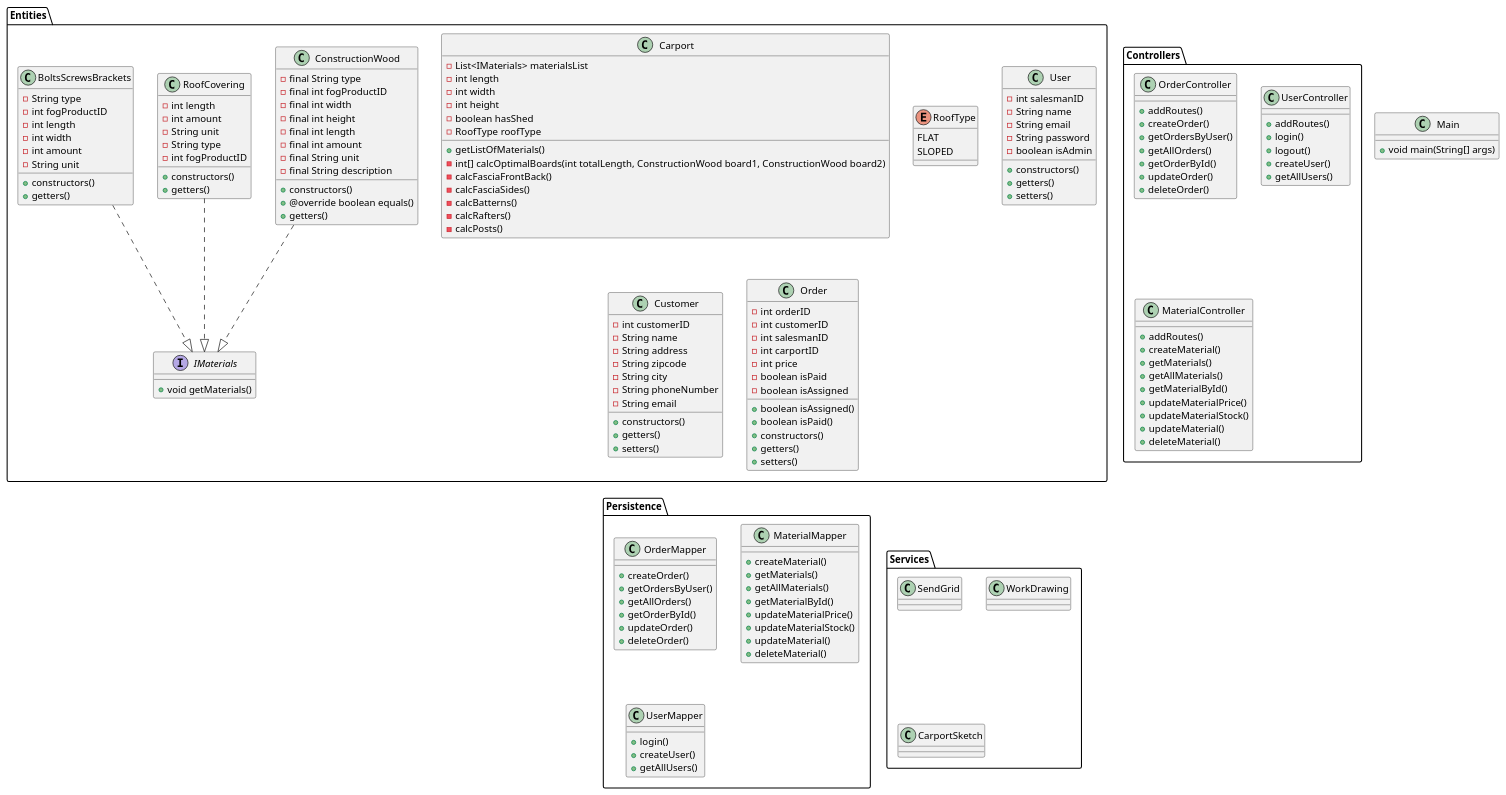
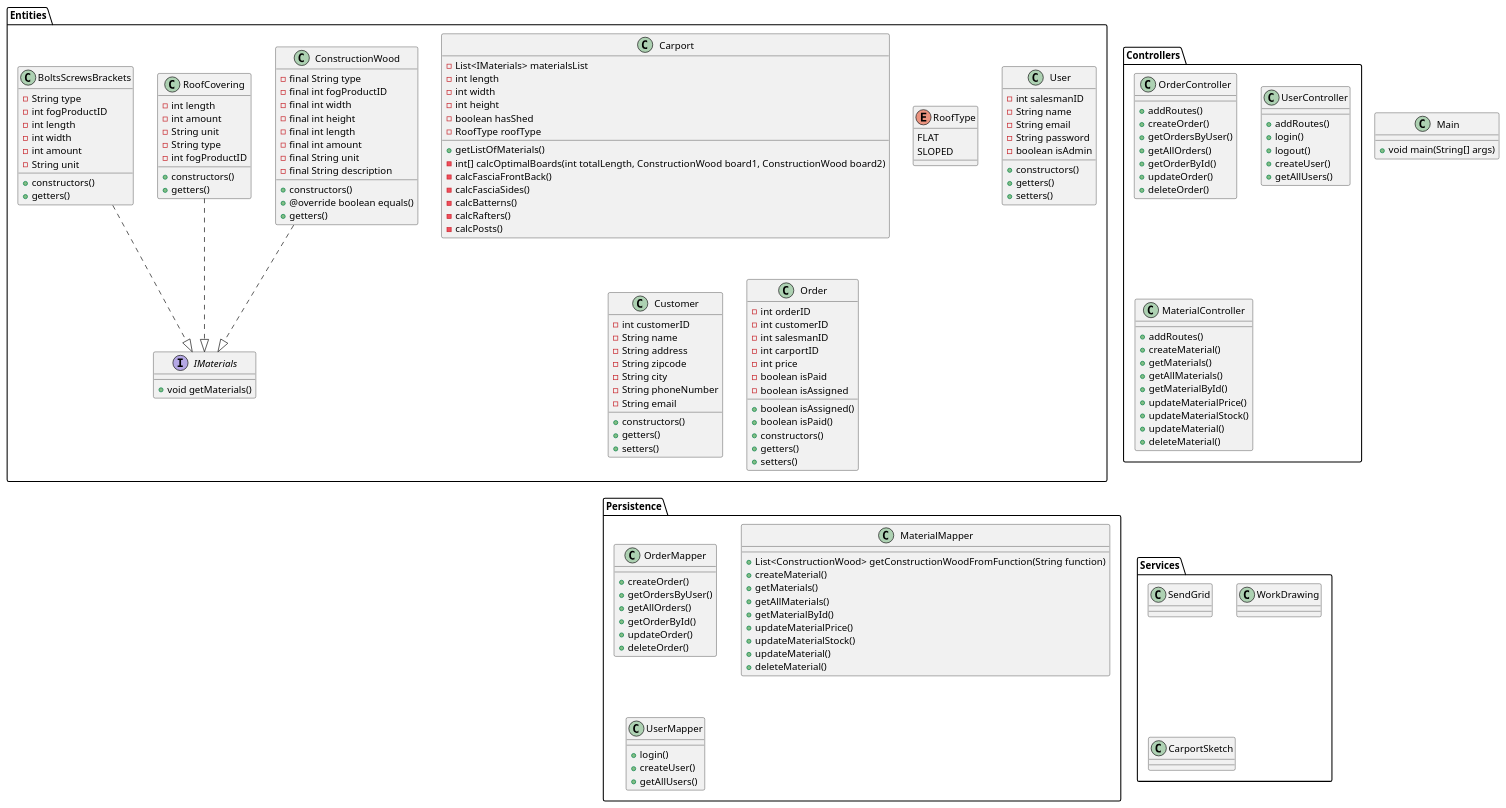
One commit to AndyTheDragon/Fog-projektet changed the diagram in docs/ClassDiagram.puml. Above: the diagram before and after it, drawn with PlantUML.

Commit message:
Added getConstructionWoodFromFunction method

```diff
--- a/docs/ClassDiagram.puml
+++ b/docs/ClassDiagram.puml
@@ -1,192 +1,193 @@
 @startuml
 'https://plantuml.com/class-diagram
 
 class Main
 {
     + void main(String[] args)
 }
 
 
 package "Entities" {
 interface IMaterials
 {
 
 + void getMaterials()
 
 }
 
 class Carport
 {
 - List<IMaterials> materialsList
 -int length
 -int width
 -int height
 -boolean hasShed
 -RoofType roofType
 + getListOfMaterials()
 - int[] calcOptimalBoards(int totalLength, ConstructionWood board1, ConstructionWood board2)
 - calcFasciaFrontBack()
 - calcFasciaSides()
 - calcBatterns()
 - calcRafters()
 - calcPosts()
 
 }
 enum RoofType
 {
     FLAT
     SLOPED
 }
 
 class User
 {
 - int salesmanID
 - String name
 - String email
 - String password
 - boolean isAdmin
 + constructors()
 + getters()
 + setters()
 }
 class Customer
 {
 - int customerID
 - String name
 - String address
 - String zipcode
 - String city
 - String phoneNumber
 - String email
 + constructors()
 + getters()
 + setters()
 
 
 }
 class Order
 {
 - int orderID
 - int customerID
 - int salesmanID
 - int carportID
 - int price
 - boolean isPaid
 - boolean isAssigned
 + boolean isAssigned()
 + boolean isPaid()
 + constructors()
 + getters()
 + setters()
 }
 class ConstructionWood
 {
 - final String type
 - final int fogProductID
 - final int width
 - final int height
 - final int length
 - final int amount
 - final String unit
 - final String description
 + constructors()
 + @override boolean equals()
 + getters()
 }
 class RoofCovering
 {
 - int length
 - int amount
 - String unit
 - String type
 - int fogProductID
 + constructors()
 + getters()
 }
 class BoltsScrewsBrackets
 {
 - String type
 - int fogProductID
 - int length
 - int width
 - int amount
 - String unit
 + constructors()
 + getters()
 
 
 }
 }
 package "Controllers" {
     class OrderController
     {
     + addRoutes()
     + createOrder()
     + getOrdersByUser()
     + getAllOrders()
     + getOrderById()
     + updateOrder()
     + deleteOrder()
     }
     class UserController
     {
     + addRoutes()
     + login()
     + logout()
     + createUser()
     + getAllUsers()
     }
     class MaterialController
     {
     + addRoutes()
     + createMaterial()
     + getMaterials()
     + getAllMaterials()
     + getMaterialById()
     + updateMaterialPrice()
     + updateMaterialStock()
     + updateMaterial()
     + deleteMaterial()
    }
 }
 package "Persistence" {
     class OrderMapper
     {
         + createOrder()
         + getOrdersByUser()
         + getAllOrders()
         + getOrderById()
         + updateOrder()
         + deleteOrder()
     }
     class MaterialMapper
     {
+        + List<ConstructionWood> getConstructionWoodFromFunction(String function)
         + createMaterial()
         + getMaterials()
         + getAllMaterials()
         + getMaterialById()
         + updateMaterialPrice()
         + updateMaterialStock()
         + updateMaterial()
         + deleteMaterial()
     }
     class UserMapper
     {
         + login()
         + createUser()
         + getAllUsers()
     }
     }
 
 package "Services" {
 class SendGrid{}
 class WorkDrawing{}
 class CarportSketch{}
 }
 
 ConstructionWood ..|> IMaterials
 RoofCovering ..|> IMaterials
 BoltsScrewsBrackets ..|> IMaterials
 
 
 @enduml
```
